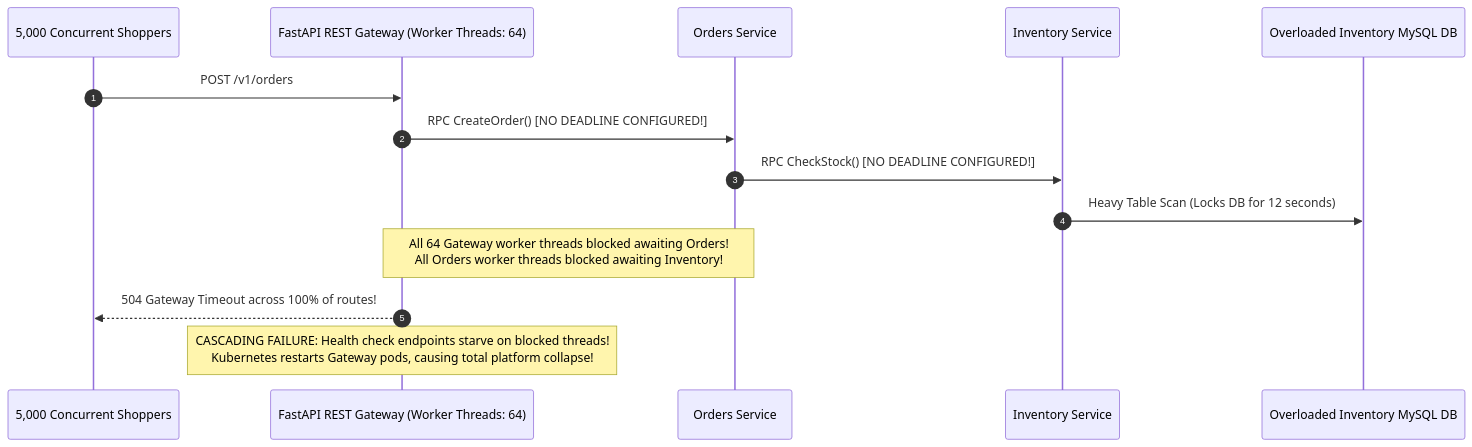
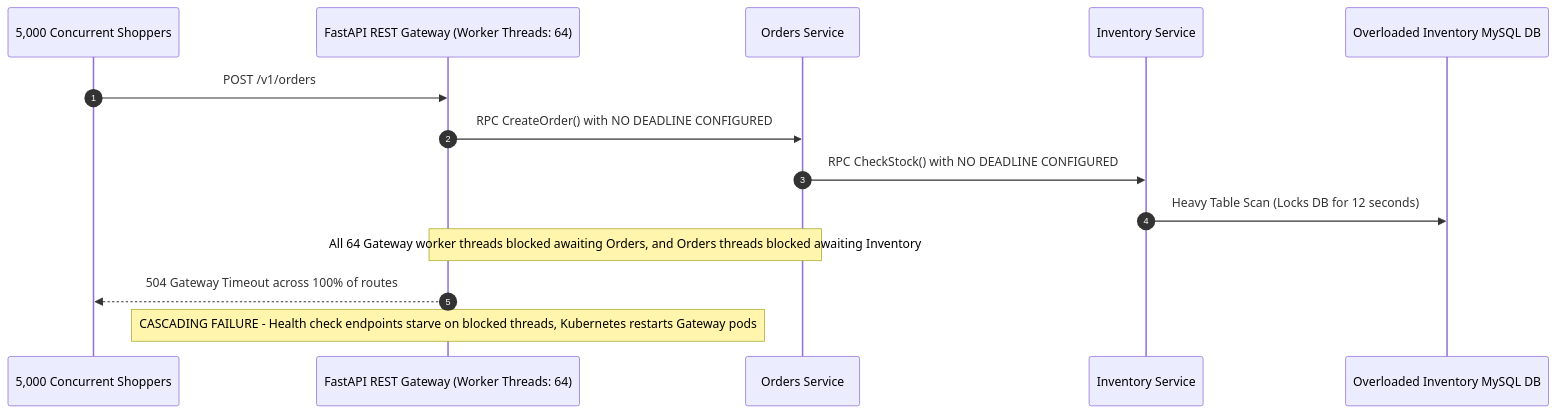
Before and after one commit to TapanKumarBarik/Backend-roadmap: the fourth of 4 diagrams in content/backend/16-grpc-deep-dive/06-project-build-a-grpc-microservice-system/README.md, drawn with Mermaid. The commit also changed other lines of this file and 3 other files, not shown here.

````diff
--- a/content/backend/16-grpc-deep-dive/06-project-build-a-grpc-microservice-system/README.md
+++ b/content/backend/16-grpc-deep-dive/06-project-build-a-grpc-microservice-system/README.md
@@ -89,17 +99,17 @@
 ```mermaid
 sequenceDiagram
     autonumber
     participant WebTraffic as 5,000 Concurrent Shoppers
     participant Gateway as FastAPI REST Gateway (Worker Threads: 64)
     participant Orders as Orders Service
     participant Inventory as Inventory Service
     participant SlowDB as Overloaded Inventory MySQL DB
 
     WebTraffic->>Gateway: POST /v1/orders
-    Gateway->>Orders: RPC CreateOrder() [NO DEADLINE CONFIGURED!]
-    Orders->>Inventory: RPC CheckStock() [NO DEADLINE CONFIGURED!]
+    Gateway->>Orders: RPC CreateOrder() with NO DEADLINE CONFIGURED
+    Orders->>Inventory: RPC CheckStock() with NO DEADLINE CONFIGURED
     Inventory->>SlowDB: Heavy Table Scan (Locks DB for 12 seconds)
-    Note over Gateway,Orders: All 64 Gateway worker threads blocked awaiting Orders!<br/>All Orders worker threads blocked awaiting Inventory!
-    Gateway-->>WebTraffic: 504 Gateway Timeout across 100% of routes!
-    Note over Gateway: CASCADING FAILURE: Health check endpoints starve on blocked threads!<br/>Kubernetes restarts Gateway pods, causing total platform collapse!
+    Note over Gateway,Orders: All 64 Gateway worker threads blocked awaiting Orders, and Orders threads blocked awaiting Inventory
+    Gateway-->>WebTraffic: 504 Gateway Timeout across 100% of routes
+    Note over Gateway: CASCADING FAILURE - Health check endpoints starve on blocked threads, Kubernetes restarts Gateway pods
 ```
````
